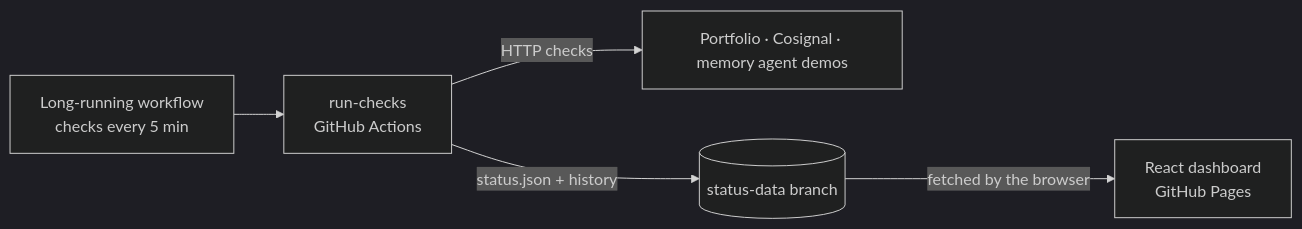
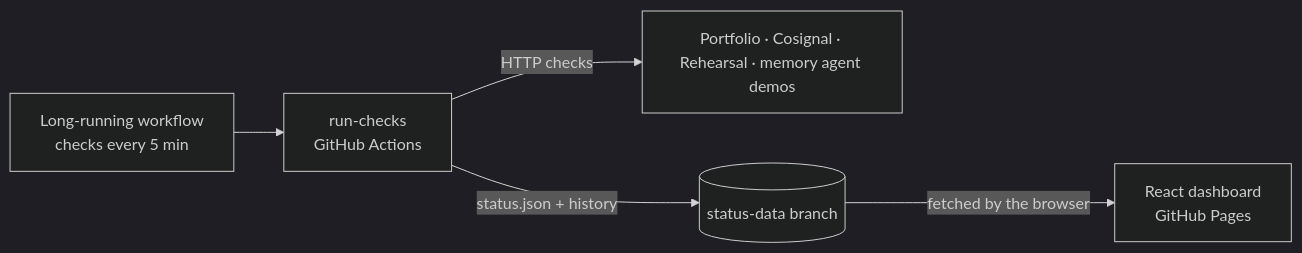
The first of 2 diagrams in README.md (naveditachaudhary-pixel/pulsetide), drawn with Mermaid (dark theme) before and after one commit. The commit also changed 1 other file, not shown here.

Commit message:
Monitor the Rehearsal prototype

````diff
--- a/README.md
+++ b/README.md
@@ -29,7 +29,7 @@
 ```mermaid
 flowchart LR
     T[Long-running workflow<br/>checks every 5 min] --> R[run-checks<br/>GitHub Actions]
-    R -->|HTTP checks| S[Portfolio · Cosignal · memory agent demos]
+    R -->|HTTP checks| S[Portfolio · Cosignal · Rehearsal · memory agent demos]
     R -->|status.json + history| B[(status-data branch)]
     B -->|fetched by the browser| W[React dashboard<br/>GitHub Pages]
 ```
````
